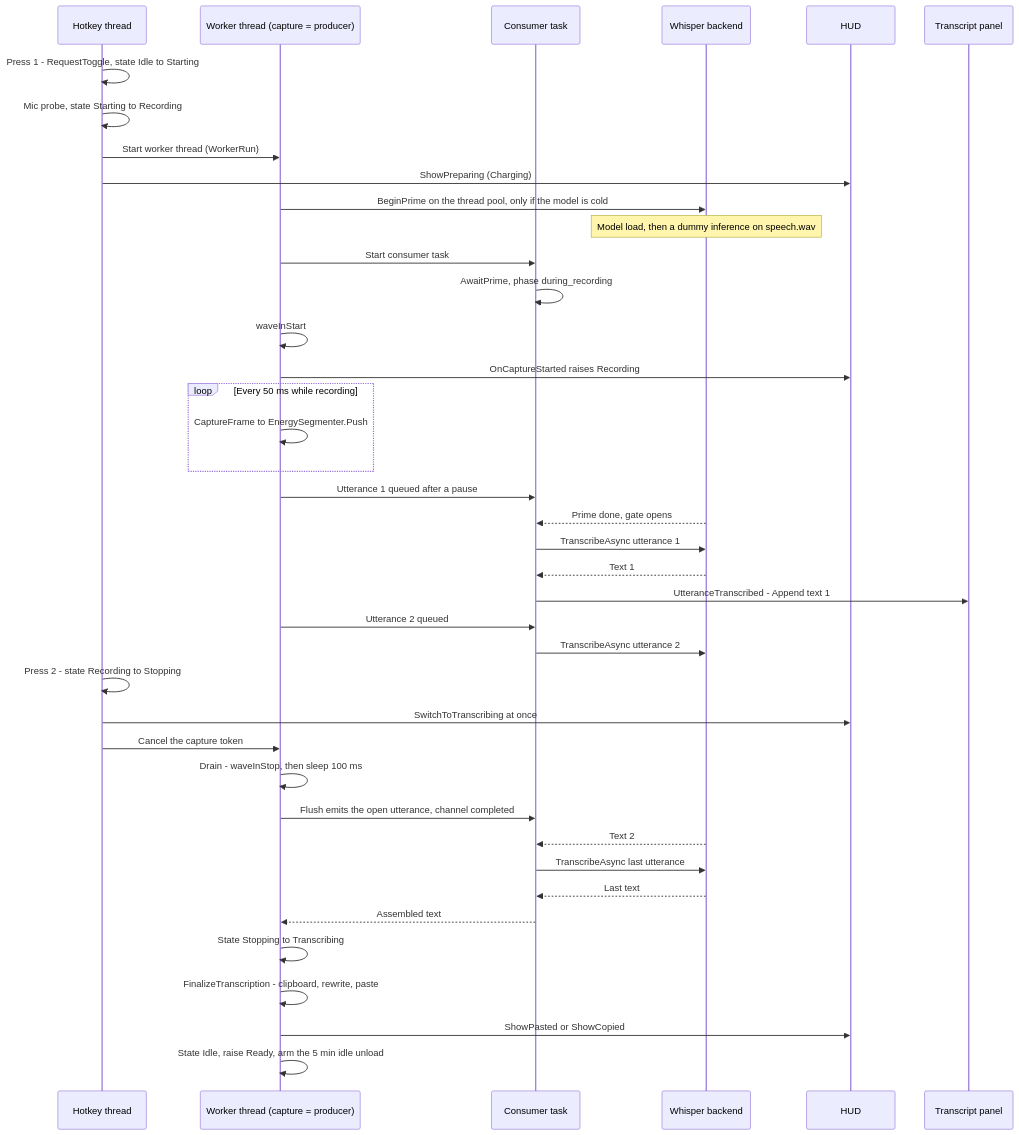
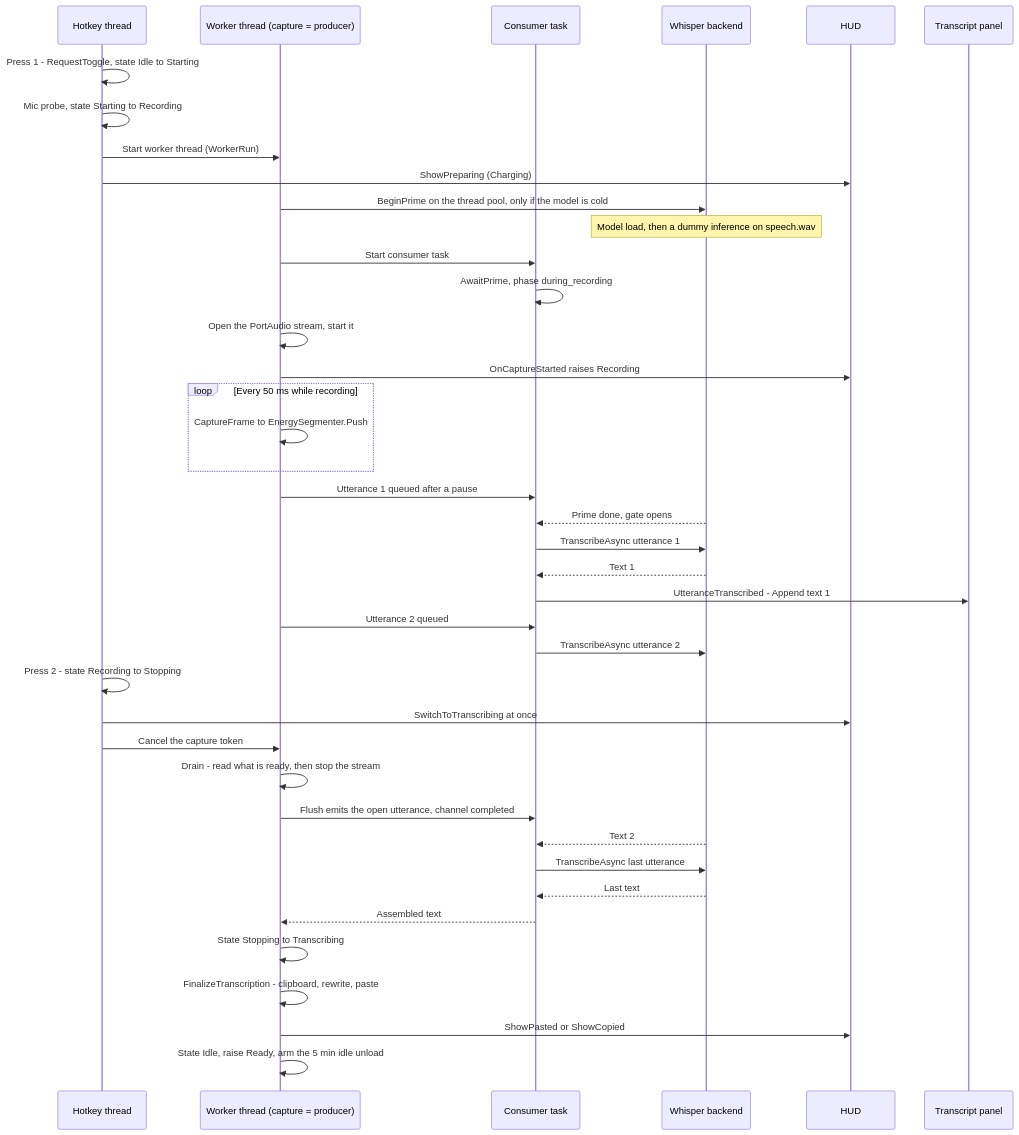
The second of 3 diagrams in docs/transcription-audio-chain.md (louisfifre/deckle), drawn with Mermaid before and after one commit. The commit also changed other lines of this file, not shown here.

Commit message:
docs(audio): describe the PortAudio capture in the audio chain

````diff
--- a/docs/transcription-audio-chain.md
+++ b/docs/transcription-audio-chain.md
@@ -123,43 +124,43 @@
 ```mermaid
 sequenceDiagram
     participant HK as Hotkey thread
     participant W as Worker thread (capture = producer)
     participant C as Consumer task
     participant WB as Whisper backend
     participant HUD as HUD
     participant P as Transcript panel
 
     HK->>HK: Press 1 - RequestToggle, state Idle to Starting
     HK->>HK: Mic probe, state Starting to Recording
     HK->>W: Start worker thread (WorkerRun)
     HK->>HUD: ShowPreparing (Charging)
     W->>WB: BeginPrime on the thread pool, only if the model is cold
     Note over WB: Model load, then a dummy inference on speech.wav
     W->>C: Start consumer task
     C->>C: AwaitPrime, phase during_recording
-    W->>W: waveInStart
+    W->>W: Open the PortAudio stream, start it
     W->>HUD: OnCaptureStarted raises Recording
     loop Every 50 ms while recording
         W->>W: CaptureFrame to EnergySegmenter.Push
     end
     W->>C: Utterance 1 queued after a pause
     WB-->>C: Prime done, gate opens
     C->>WB: TranscribeAsync utterance 1
     WB-->>C: Text 1
     C->>P: UtteranceTranscribed - Append text 1
     W->>C: Utterance 2 queued
     C->>WB: TranscribeAsync utterance 2
     HK->>HK: Press 2 - state Recording to Stopping
     HK->>HUD: SwitchToTranscribing at once
     HK->>W: Cancel the capture token
-    W->>W: Drain - waveInStop, then sleep 100 ms
+    W->>W: Drain - read what is ready, then stop the stream
     W->>C: Flush emits the open utterance, channel completed
     WB-->>C: Text 2
     C->>WB: TranscribeAsync last utterance
     WB-->>C: Last text
     C-->>W: Assembled text
     W->>W: State Stopping to Transcribing
     W->>W: FinalizeTranscription - clipboard, rewrite, paste
     W->>HUD: ShowPasted or ShowCopied
     W->>W: State Idle, raise Ready, arm the 5 min idle unload
 ```
````
